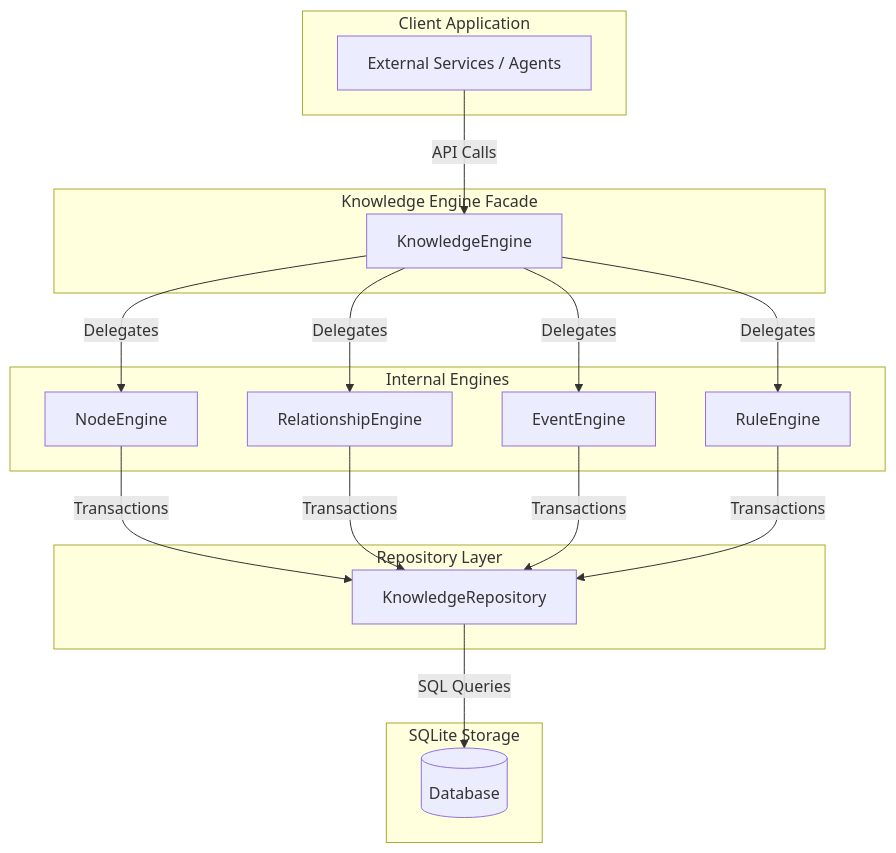
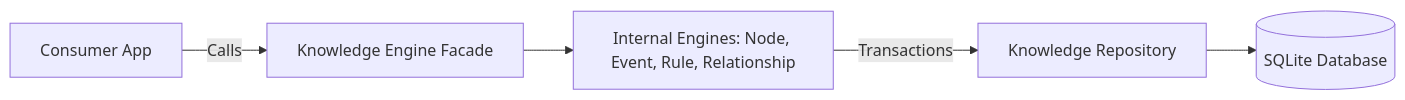
One commit to Chandann1905/sentinel-arc changed the diagram in README.md. Above: the diagram before and after it, drawn with Mermaid. The commit also changed other lines of this file and 52 other files, not shown here.

Commit message:
feat: complete milestones 5 through 9 (Search, Graph, Scanner, Context, Validation)

````diff
--- a/README.md
+++ b/README.md
@@ -11,38 +64,7 @@
 ```mermaid
-graph TD
-    subgraph Client Application
-        A[External Services / Agents]
-    end
-
-    subgraph Knowledge Engine Facade
-        KE[KnowledgeEngine]
-    end
-
-    subgraph Internal Engines
-        NE[NodeEngine]
-        RE[RelationshipEngine]
-        EE[EventEngine]
-        RUE[RuleEngine]
-    end
-
-    subgraph Repository Layer
-        KR[KnowledgeRepository]
-    end
-
-    subgraph SQLite Storage
-        DB[(Database)]
-    end
-
-    A -->|API Calls| KE
-    KE -->|Delegates| NE
-    KE -->|Delegates| RE
-    KE -->|Delegates| EE
-    KE -->|Delegates| RUE
-
-    NE -->|Transactions| KR
-    RE -->|Transactions| KR
-    EE -->|Transactions| KR
-    RUE -->|Transactions| KR
-
-    KR -->|SQL Queries| DB
+graph LR
+    A[Consumer App] -->|Calls| KE[Knowledge Engine Facade]
+    KE --> NE[Internal Engines: Node, Event, Rule, Relationship]
+    NE -->|Transactions| KR[Knowledge Repository]
+    KR --> DB[(SQLite Database)]
 ```
````
